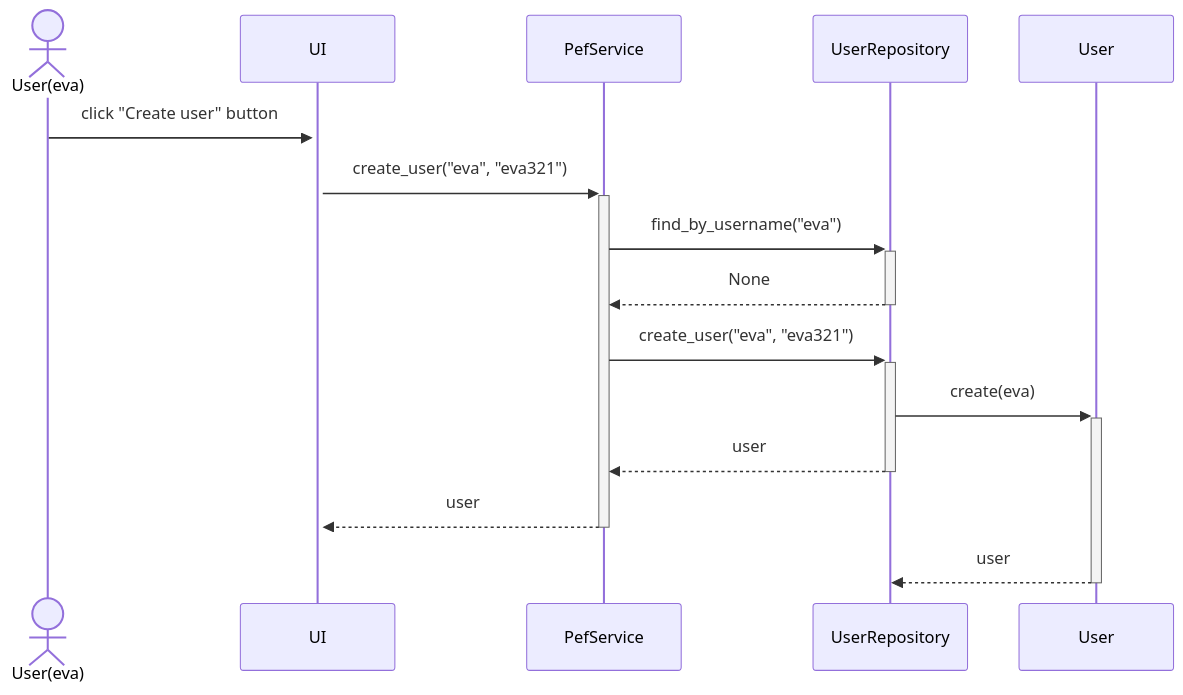
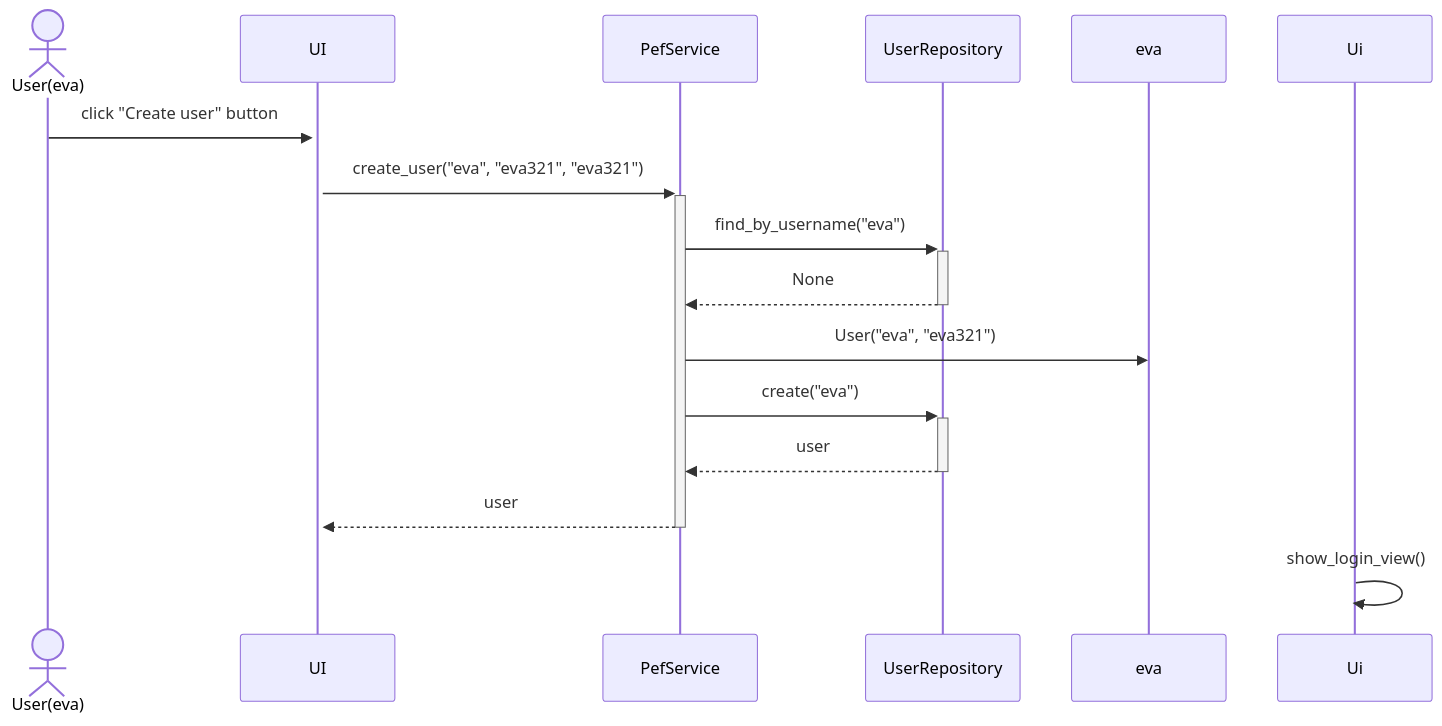
The third of 4 diagrams in dokumentaatio/arkkitehtuuri.md (JVilo/ot-harjoitustyo), drawn with Mermaid before and after one commit. The commit also changed other lines of this file, not shown here.

Commit message:
little fixes to the Sequence diagrams

````diff
--- a/dokumentaatio/arkkitehtuuri.md
+++ b/dokumentaatio/arkkitehtuuri.md
@@ -109,17 +109,17 @@
 ```mermaid
 sequenceDiagram
   actor User(eva)
   participant UI
   participant PefService
   participant UserRepository
-  participant User
+  participant eva
   User(eva)->>+UI: click "Create user" button
-  UI->>+PefService: create_user("eva", "eva321")
+  UI->>+PefService: create_user("eva", "eva321", "eva321")
   PefService->>+UserRepository: find_by_username("eva")
   UserRepository-->>-PefService: None
-  PefService->>+UserRepository: create_user("eva", "eva321")
-  UserRepository->>+User: create(eva)
+  PefService->>eva: User("eva", "eva321")
+  PefService->>+UserRepository: create("eva")
   UserRepository-->>-PefService: user
   PefService-->>-UI: user
-  User-->>-UserRepository: user
+  Ui->>Ui: show_login_view()
 ```
````
